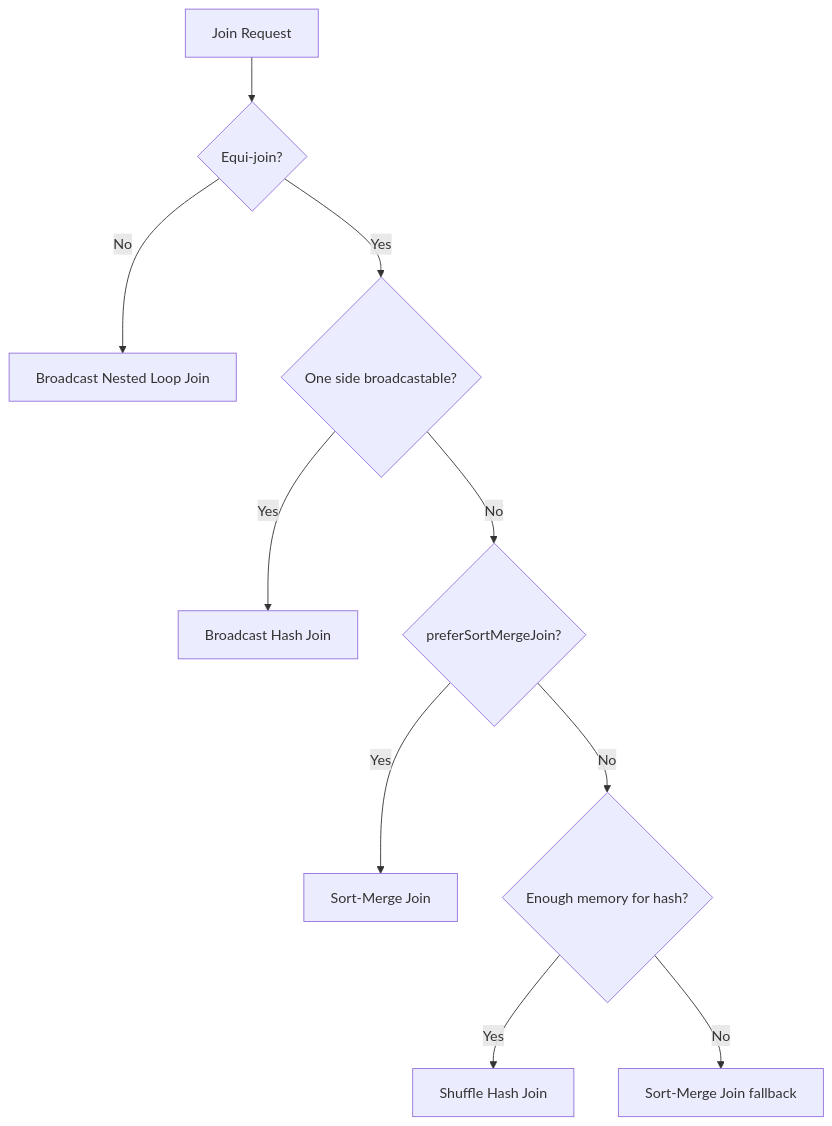
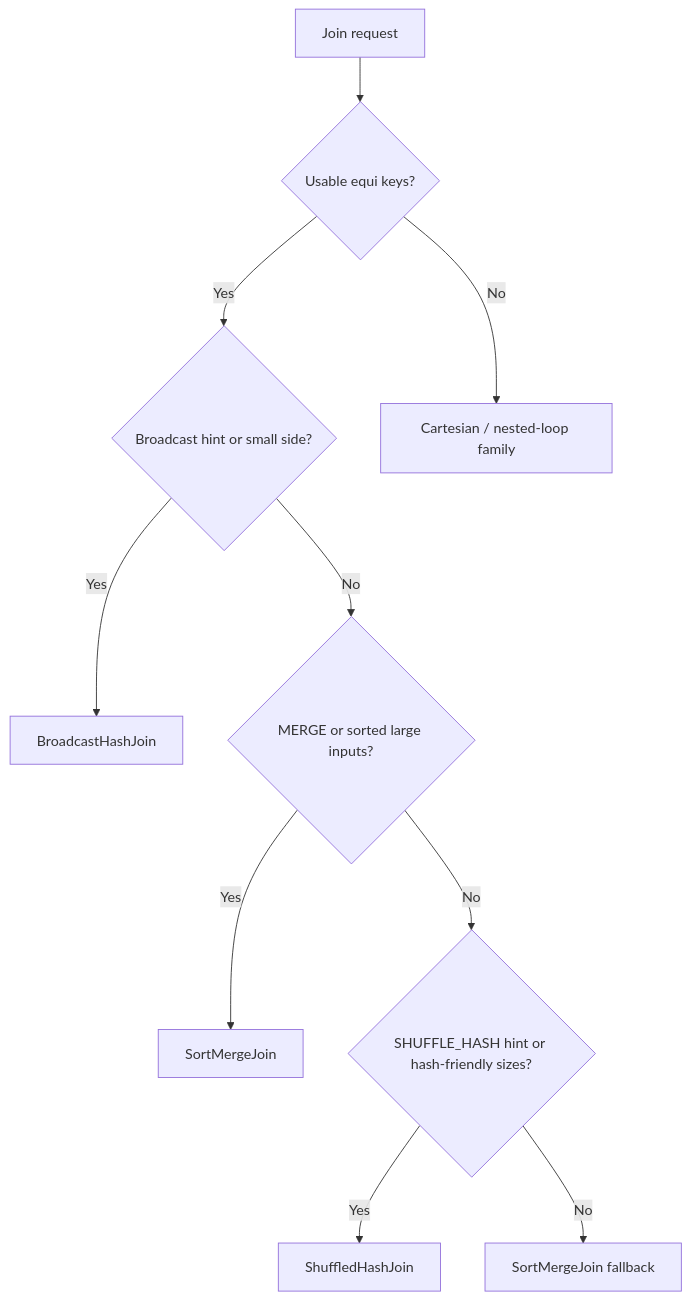
The diagram in spark-sql/docs/querying/joins/index.md (mahfooziiitian/spark-batch), drawn with Mermaid before and after one commit. The commit also changed other lines of this file and 809 other files, not shown here.

````diff
--- a/spark-sql/docs/querying/joins/index.md
+++ b/spark-sql/docs/querying/joins/index.md
@@ -79,12 +63,12 @@
 ```mermaid
-flowchart TD
-    A[Join Request] --> B{Equi-join?}
-    B -- No --> NL[Broadcast Nested Loop Join]
-    B -- Yes --> C{One side broadcastable?}
-    C -- Yes --> BHJ[Broadcast Hash Join]
-    C -- No --> D{preferSortMergeJoin?}
-    D -- Yes --> SMJ[Sort-Merge Join]
-    D -- No --> E{Enough memory for hash?}
-    E -- Yes --> SHJ[Shuffle Hash Join]
-    E -- No --> SMJ2[Sort-Merge Join fallback]
+graph TD
+    A[Join request] --> B{Usable equi keys?}
+    B -- Yes --> C{Broadcast hint or small side?}
+    C -- Yes --> BHJ[BroadcastHashJoin]
+    C -- No --> D{MERGE or sorted large inputs?}
+    D -- Yes --> SMJ[SortMergeJoin]
+    D -- No --> E{SHUFFLE_HASH hint or hash-friendly sizes?}
+    E -- Yes --> SHJ[ShuffledHashJoin]
+    E -- No --> SMJ2[SortMergeJoin fallback]
+    B -- No --> NL[Cartesian / nested-loop family]
 ```
````
